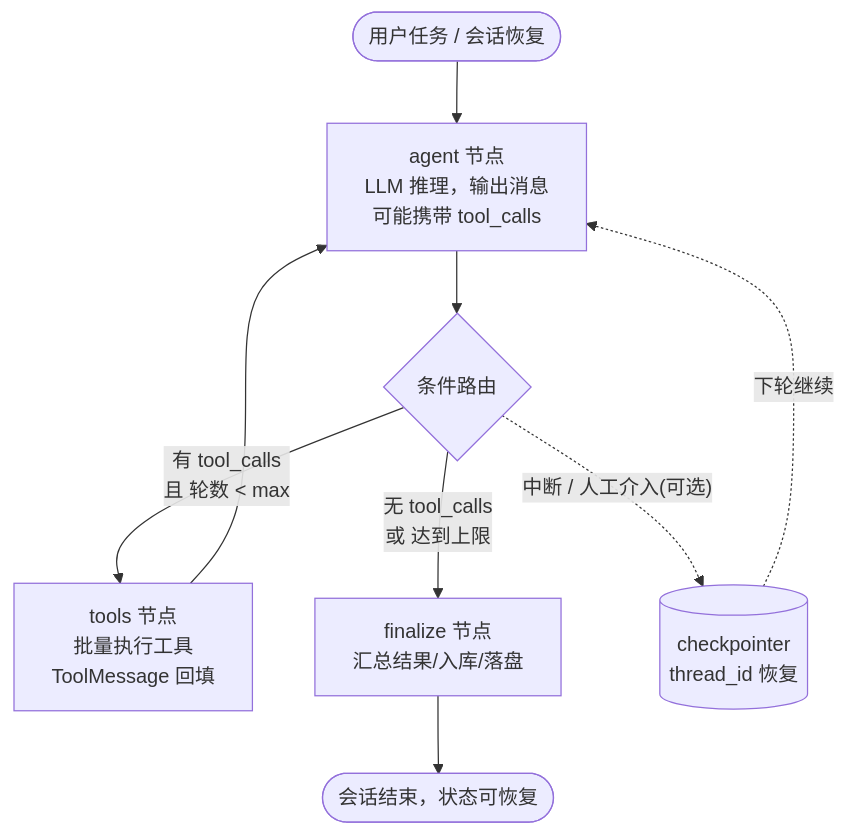
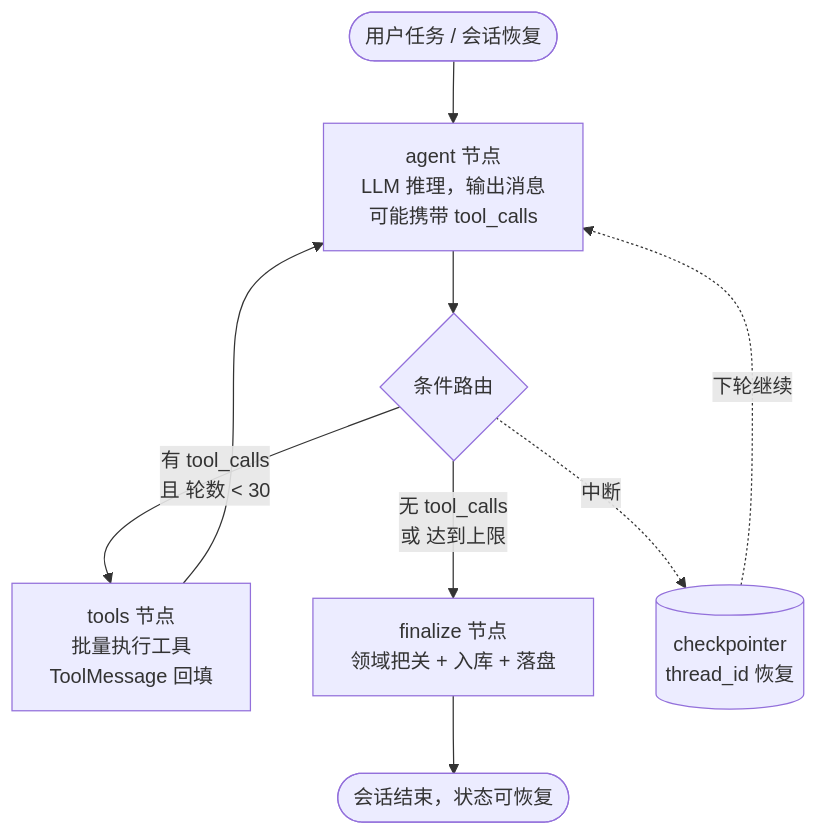
Before and after one commit to Line290/factor_miner: the second of 2 diagrams in docs/agentic_session_refactor_plan.md, drawn with Mermaid. The commit also changed other lines of this file, not shown here.

````diff
--- a/docs/agentic_session_refactor_plan.md
+++ b/docs/agentic_session_refactor_plan.md
@@ -132,12 +147,12 @@
 ```mermaid
 flowchart TD
     Start([用户任务 / 会话恢复]) --> Agent[agent 节点<br/>LLM 推理，输出消息<br/>可能携带 tool_calls]
     Agent --> Route{条件路由}
-    Route -->|"有 tool_calls<br/>且 轮数 < max"| Tools[tools 节点<br/>批量执行工具<br/>ToolMessage 回填]
+    Route -->|"有 tool_calls<br/>且 轮数 < 30"| Tools[tools 节点<br/>批量执行工具<br/>ToolMessage 回填]
     Tools --> Agent
-    Route -->|"无 tool_calls<br/>或 达到上限"| Final[finalize 节点<br/>汇总结果/入库/落盘]
+    Route -->|"无 tool_calls<br/>或 达到上限"| Final[finalize 节点<br/>领域把关 + 入库 + 落盘]
     Final --> End([会话结束，状态可恢复])
 
-    Route -. "中断 / 人工介入(可选)" .-> Resume[(checkpointer<br/>thread_id 恢复)]
+    Route -. "中断" .-> Resume[(checkpointer<br/>thread_id 恢复)]
     Resume -. "下轮继续" .-> Agent
 ```
````
